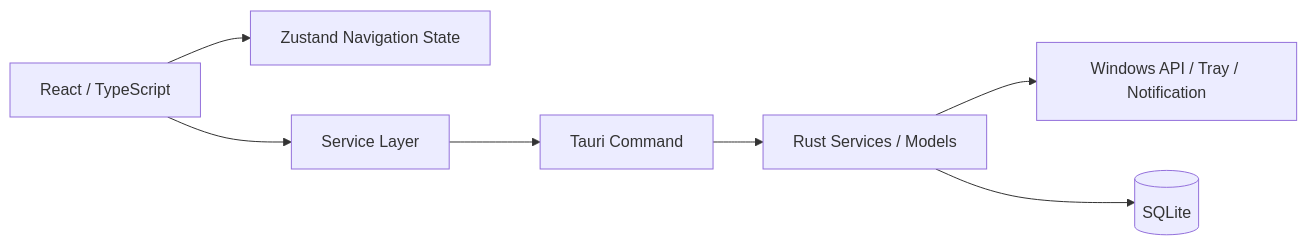
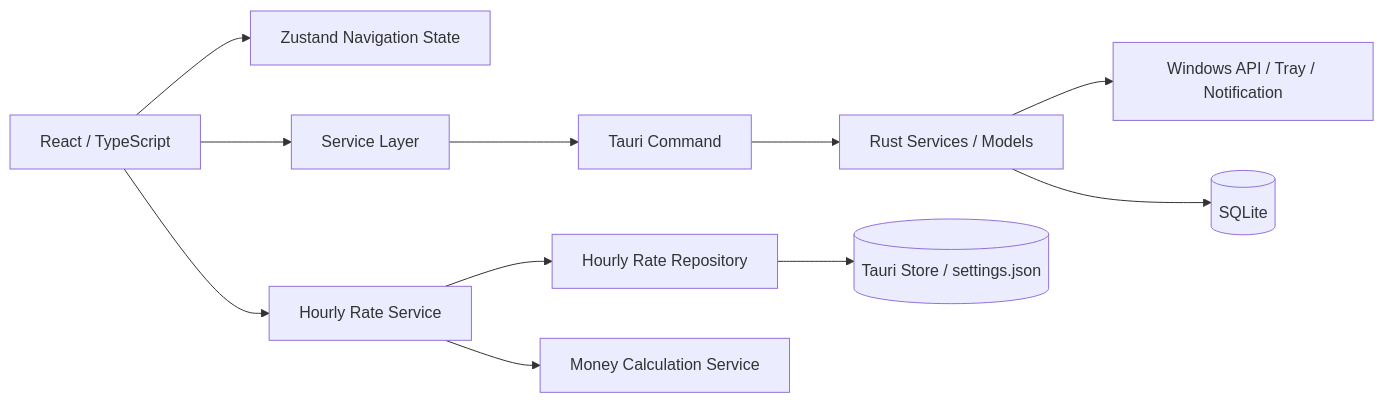
Before and after one commit to Reossann/time-is-money: the diagram in docs/PROJECT_SPEC.md, drawn with Mermaid. The commit also changed other lines of this file and 3 other files, not shown here.

````diff
--- a/docs/PROJECT_SPEC.md
+++ b/docs/PROJECT_SPEC.md
@@ -164,9 +167,13 @@
 ```mermaid
 flowchart LR
   UI[React / TypeScript] --> NAV[Zustand Navigation State]
   UI --> SVC[Service Layer]
   SVC --> CMD[Tauri Command]
+  UI --> RATE[Hourly Rate Service]
+  RATE --> REPO[Hourly Rate Repository]
+  REPO --> STORE[(Tauri Store / settings.json)]
+  RATE --> MONEY[Money Calculation Service]
   CMD --> RUST[Rust Services / Models]
   RUST --> OS[Windows API / Tray / Notification]
   RUST --> DB[(SQLite)]
 ```
````
